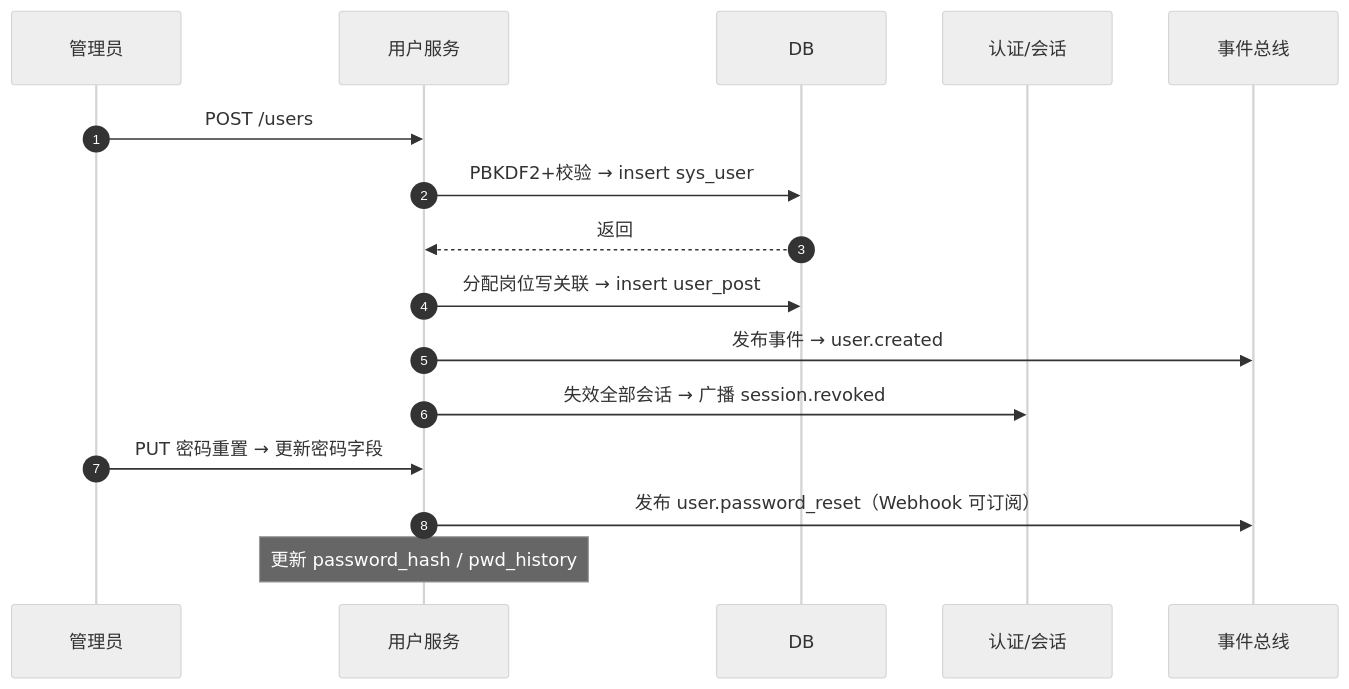
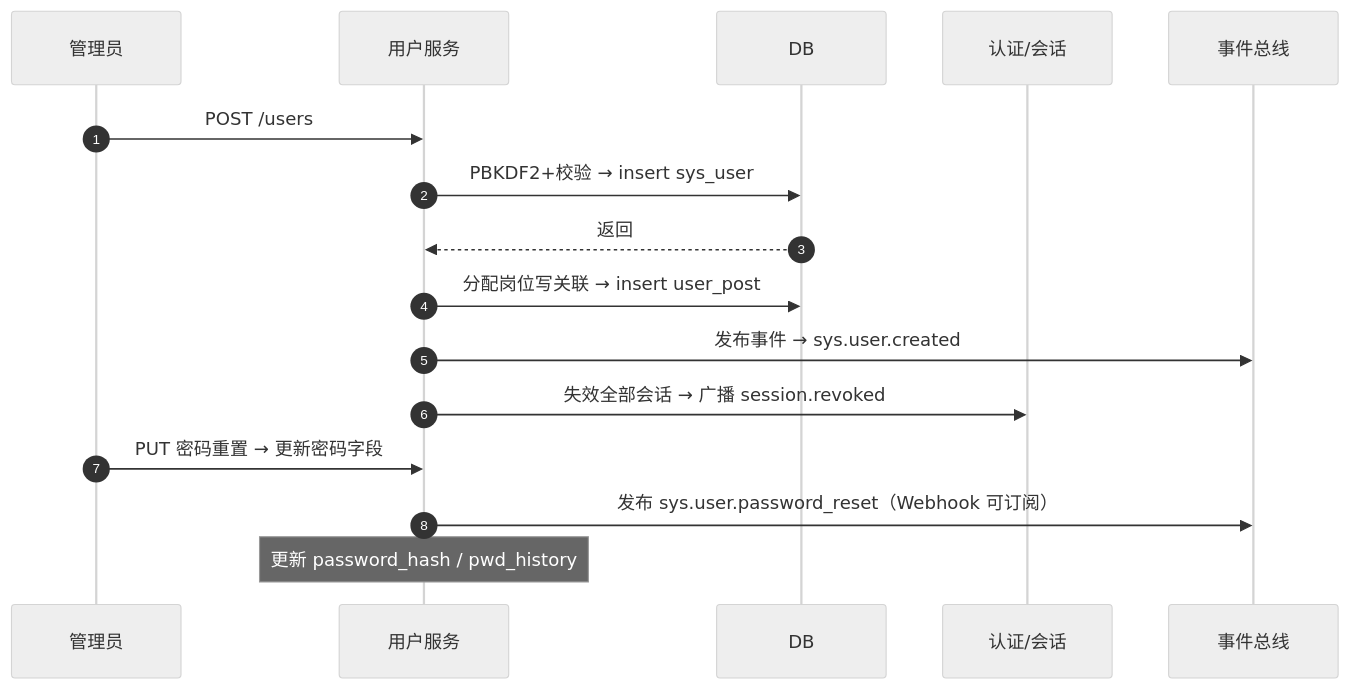
Before and after one commit to minjian123/basic-management-system: the diagram in bms文档/设计/概要设计/03_概要设计_用户管理.md, drawn with Mermaid (neutral theme). The commit also changed other lines of this file and 28 other files, not shown here.

````diff
--- a/bms文档/设计/概要设计/03_概要设计_用户管理.md
+++ b/bms文档/设计/概要设计/03_概要设计_用户管理.md
@@ -54,19 +54,19 @@
 ```mermaid
 sequenceDiagram
     autonumber
     participant 管理员
     participant 用户服务
     participant DB
     participant 认证会话 as 认证/会话
     participant 事件总线
 
     管理员->>用户服务: POST /users
     用户服务->>DB: PBKDF2+校验 → insert sys_user
     DB-->>用户服务: 返回
     用户服务->>DB: 分配岗位写关联 → insert user_post
-    用户服务->>事件总线: 发布事件 → user.created
+    用户服务->>事件总线: 发布事件 → sys.user.created
     用户服务->>认证会话: 失效全部会话 → 广播 session.revoked
     管理员->>用户服务: PUT 密码重置 → 更新密码字段
-    用户服务->>事件总线: 发布 user.password_reset（Webhook 可订阅）
+    用户服务->>事件总线: 发布 sys.user.password_reset（Webhook 可订阅）
     Note over 用户服务: 更新 password_hash / pwd_history
 ```
````
